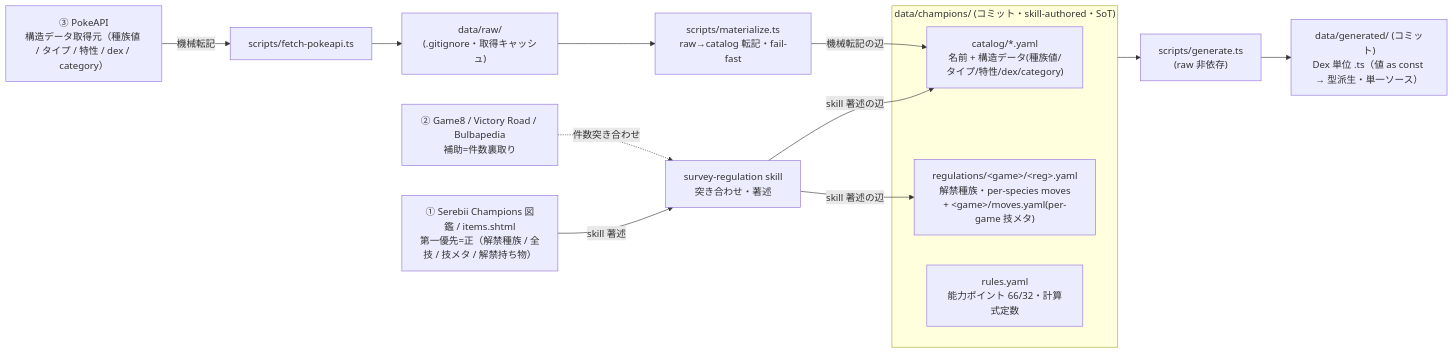
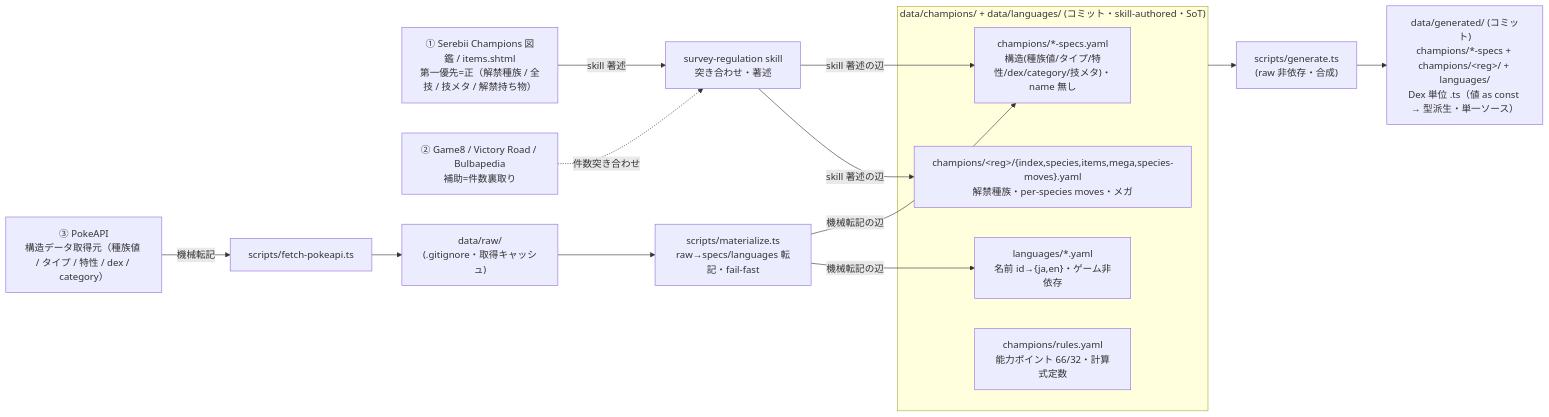
The second of 2 diagrams in docs/plan/01-mvp/architecture.md (subroh0508/pokeform), drawn with Mermaid before and after one commit. The commit also changed other lines of this file and 12 other files, not shown here.

First line of the commit message:
docs(harness): 新レイアウト（specs/languages/per-reg・メガ独立）へ rule/skill/architecture/docs を追従（plan 04 Phase 3）

````diff
--- a/docs/plan/01-mvp/architecture.md
+++ b/docs/plan/01-mvp/architecture.md
@@ -224,24 +224,26 @@
 ```mermaid
 flowchart LR
     SB["① Serebii Champions 図鑑 / items.shtml<br/>第一優先=正（解禁種族 / 全技 / 技メタ / 解禁持ち物）"]
     AUX["② Game8 / Victory Road / Bulbapedia<br/>補助=件数裏取り"]
     API["③ PokeAPI<br/>構造データ取得元（種族値 / タイプ / 特性 / dex / category）"]
 
     SB -->|skill 著述| SR["survey-regulation skill<br/>突き合わせ・著述"]
     AUX -.->|件数突き合わせ| SR
     API -->|機械転記| F["scripts/fetch-pokeapi.ts"]
     F --> RAW["data/raw/<br/>(.gitignore・取得キャッシュ)"]
-    RAW --> M["scripts/materialize.ts<br/>raw→catalog 転記・fail-fast"]
+    RAW --> M["scripts/materialize.ts<br/>raw→specs/languages 転記・fail-fast"]
 
-    subgraph CH["data/champions/ (コミット・skill-authored・SoT)"]
-        CAT["catalog/*.yaml<br/>名前 + 構造データ(種族値/タイプ/特性/dex/category)"]
-        REG["regulations/&lt;game&gt;/&lt;reg&gt;.yaml<br/>解禁種族・per-species moves<br/>+ &lt;game&gt;/moves.yaml(per-game 技メタ)"]
-        R["rules.yaml<br/>能力ポイント 66/32・計算式定数"]
+    subgraph CH["data/champions/ + data/languages/ (コミット・skill-authored・SoT)"]
+        SPECS["champions/*-specs.yaml<br/>構造(種族値/タイプ/特性/dex/category/技メタ)・name 無し"]
+        LANG["languages/*.yaml<br/>名前 id→{ja,en}・ゲーム非依存"]
+        REG["champions/&lt;reg&gt;/{index,species,items,mega,species-moves}.yaml<br/>解禁種族・per-species moves・メガ"]
+        R["champions/rules.yaml<br/>能力ポイント 66/32・計算式定数"]
     end
 
-    SR -->|skill 著述の辺| CAT
+    SR -->|skill 著述の辺| SPECS
     SR -->|skill 著述の辺| REG
-    M -->|機械転記の辺| CAT
-    CH --> GEN["scripts/generate.ts<br/>(raw 非依存)"]
-    GEN --> OUT["data/generated/ (コミット)<br/>Dex 単位 .ts（値 as const → 型派生・単一ソース）"]
+    M -->|機械転記の辺| SPECS
+    M -->|機械転記の辺| LANG
+    CH --> GEN["scripts/generate.ts<br/>(raw 非依存・合成)"]
+    GEN --> OUT["data/generated/ (コミット)<br/>champions/*-specs + champions/&lt;reg&gt;/ + languages/<br/>Dex 単位 .ts（値 as const → 型派生・単一ソース）"]
 ```
````
